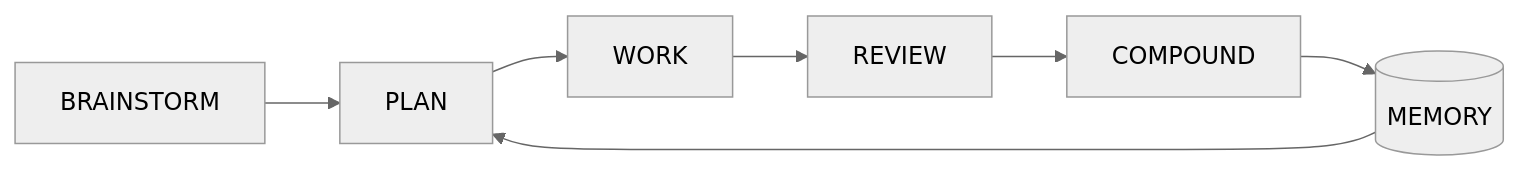
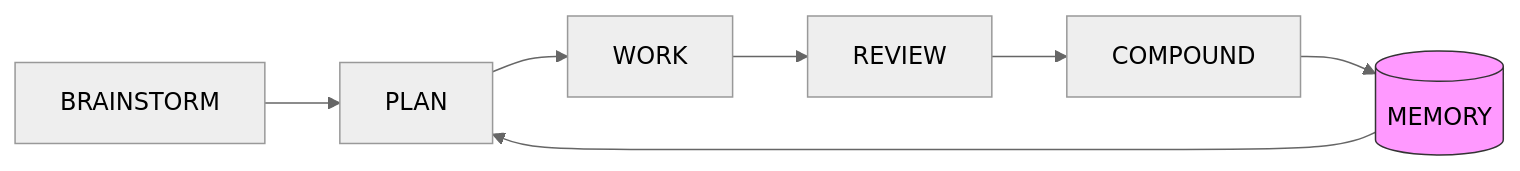
One commit to Nathandela/compound-agent changed the first of 2 diagrams in README.md. Above: the diagram before and after it, drawn with Mermaid (neutral theme). The commit also changed other lines of this file and 1 other file, not shown here.

````diff
--- a/README.md
+++ b/README.md
@@ -15,9 +20,11 @@
 ```mermaid
 graph LR
     B[BRAINSTORM] --> P[PLAN]
     P --> W[WORK]
     W --> R[REVIEW]
     R --> C[COMPOUND]
     C --> M[(MEMORY)]
     M --> P
+
+    style M fill:#f9f,stroke:#333
 ```
````
